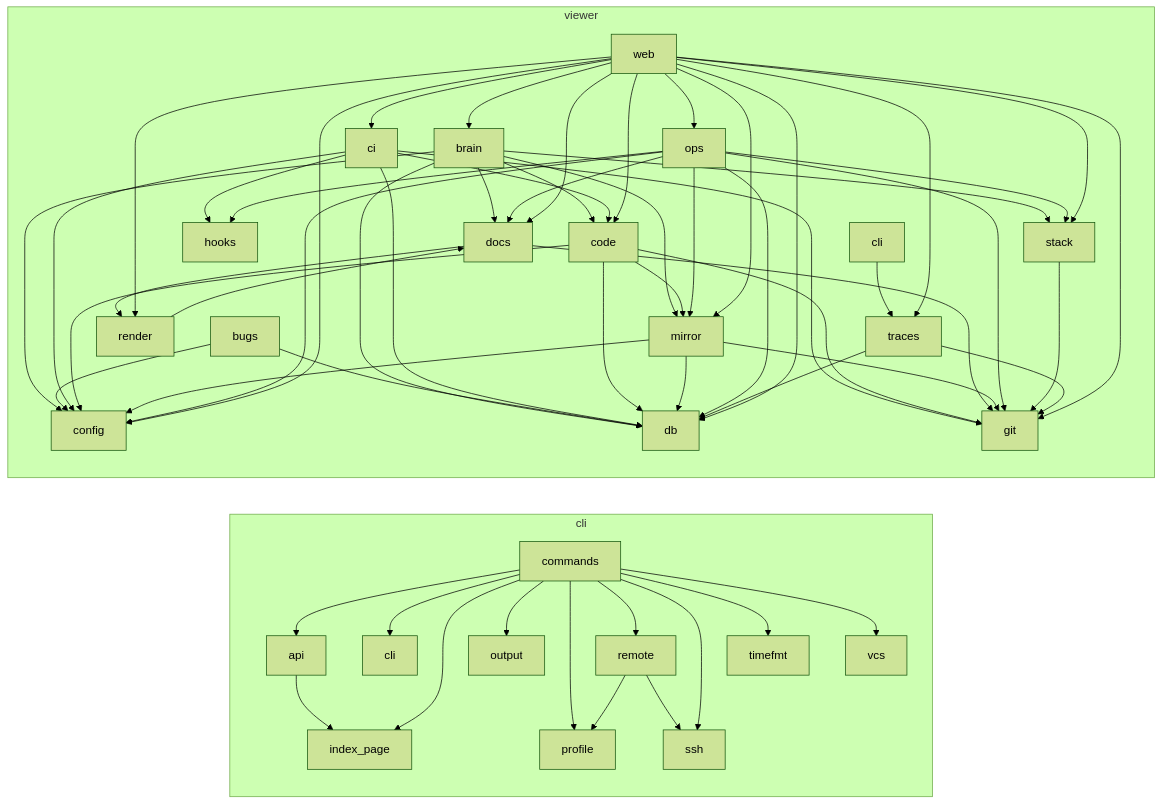
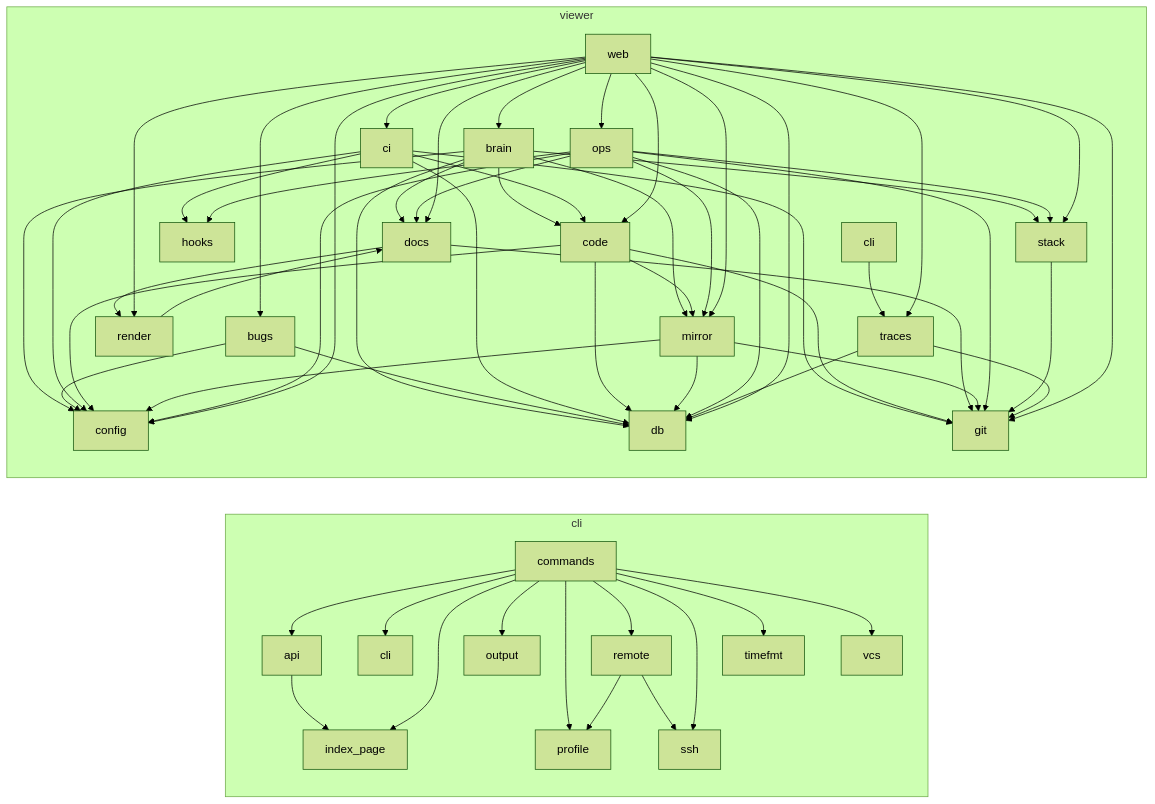
One commit to matthiasdebernardini/nashcode changed the second of 2 diagrams in ARCHITECTURE.md. Above: the diagram before and after it, drawn with Mermaid (forest theme). The commit also changed 2 other files, not shown here.

Commit message:
SPEC: bugs — logs and stack frames carry code origin, linked into the code browser
Log rows index code.file.path / code.line.number / code.function.name (old
OTel names normalized). The logs page shows file:line per row and, when the
project declares a nashcode repo, links it to /:repo/blob/:path#L<n>; in-app
stack frames on the issue page get the same links.

Claude-Session: https://claude.ai/code/session_01TCnJGQopycHM3sxJJ9qN7m

```diff
--- a/ARCHITECTURE.md
+++ b/ARCHITECTURE.md
@@ -116,6 +116,7 @@
   viewer_traces --> viewer_db
   viewer_traces --> viewer_git
   viewer_web --> viewer_brain
+  viewer_web --> viewer_bugs
   viewer_web --> viewer_ci
   viewer_web --> viewer_code
   viewer_web --> viewer_config
```
